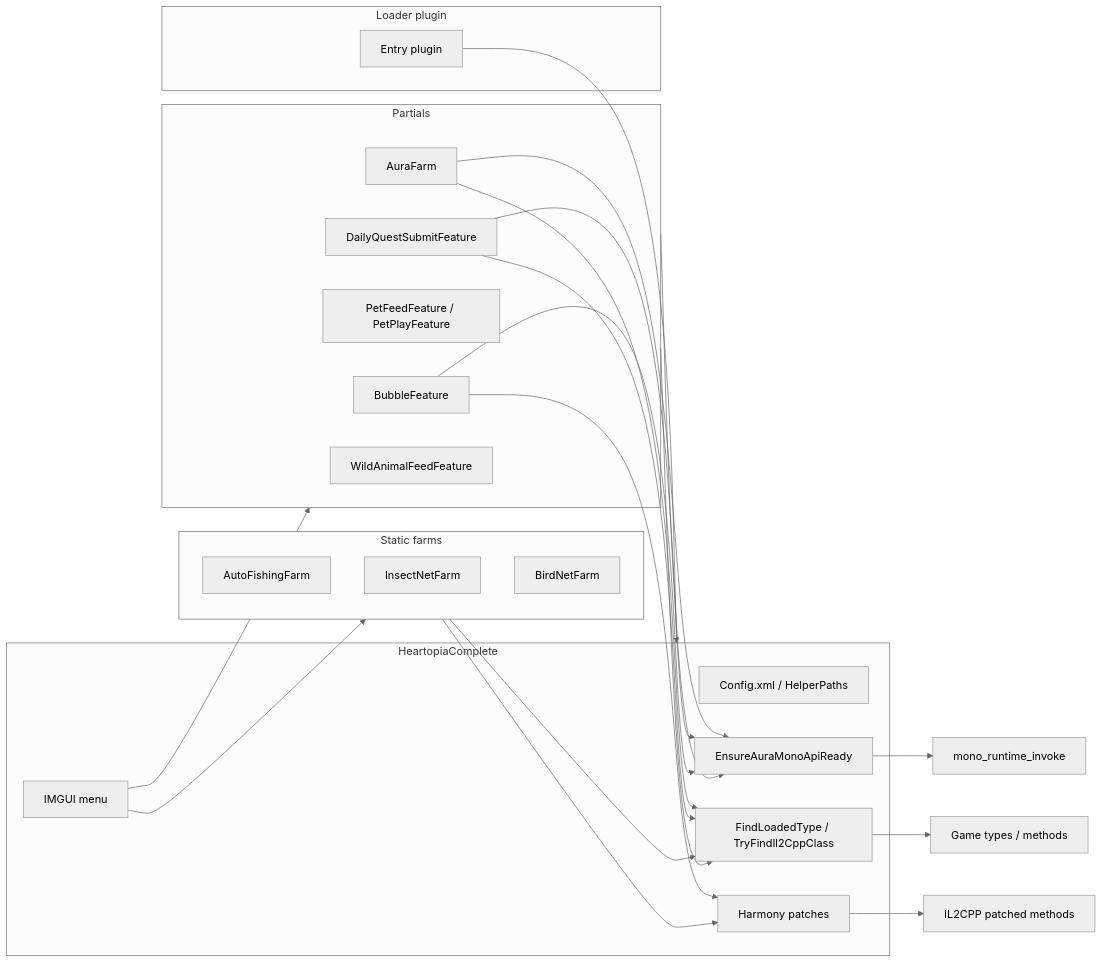
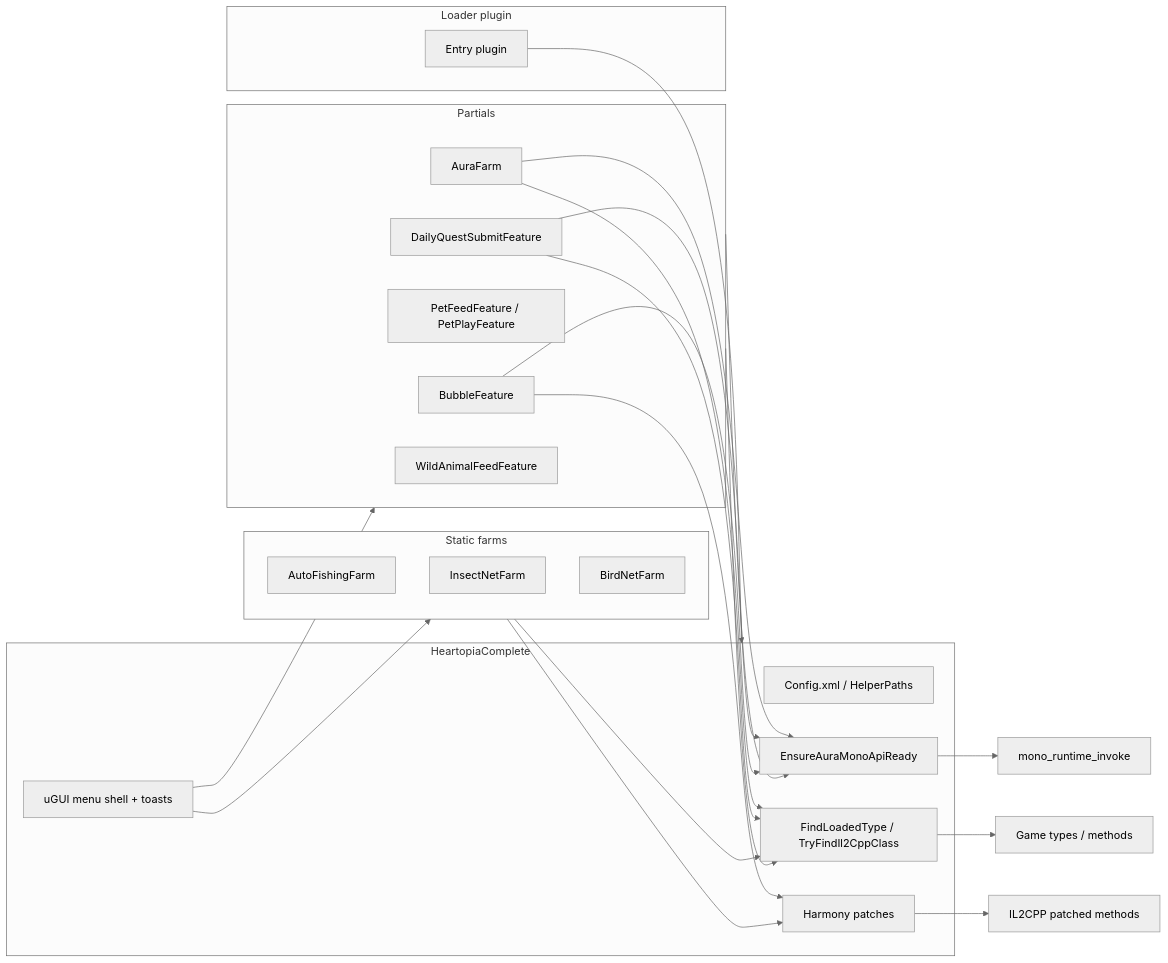
Before and after one commit to baboodev/Bugtopia: the third of 3 diagrams in docs/ARCHITECTURE.md, drawn with Mermaid (neutral theme). The commit also changed other lines of this file and 3 other files, not shown here.

````diff
--- a/docs/ARCHITECTURE.md
+++ b/docs/ARCHITECTURE.md
@@ -448,45 +448,45 @@
 ```mermaid
 flowchart LR
     subgraph loader [Loader plugin]
         EP[Entry plugin]
     end
 
     subgraph core [HeartopiaComplete]
         CFG[Config.xml / HelperPaths]
         RES[FindLoadedType / TryFindIl2CppClass]
         AURA[EnsureAuraMonoApiReady]
         HARM[Harmony patches]
-        UI[IMGUI menu]
+        UI[uGUI menu shell + toasts]
     end
 
     subgraph farms [Static farms]
         FISH[AutoFishingFarm]
         INS[InsectNetFarm]
         BIRD[BirdNetFarm]
     end
 
     subgraph features [Partials]
         AFR[AuraFarm]
         PET[PetFeedFeature / PetPlayFeature]
         DQ[DailyQuestSubmitFeature]
         BUB[BubbleFeature]
         WAF[WildAnimalFeedFeature]
     end
 
     EP --> core
     UI --> farms
     UI --> features
     farms --> RES
     farms --> HARM
     features --> RES
     features --> AURA
     AFR --> AURA
     AFR --> RES
     DQ --> AURA
     DQ --> RES
     BUB --> HARM
     BUB --> AURA
     RES --> GAME[Game types / methods]
     AURA --> MONO[mono_runtime_invoke]
     HARM --> IL2CPP[IL2CPP patched methods]
 ```
````
